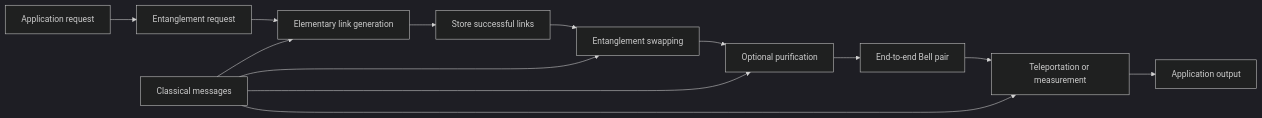
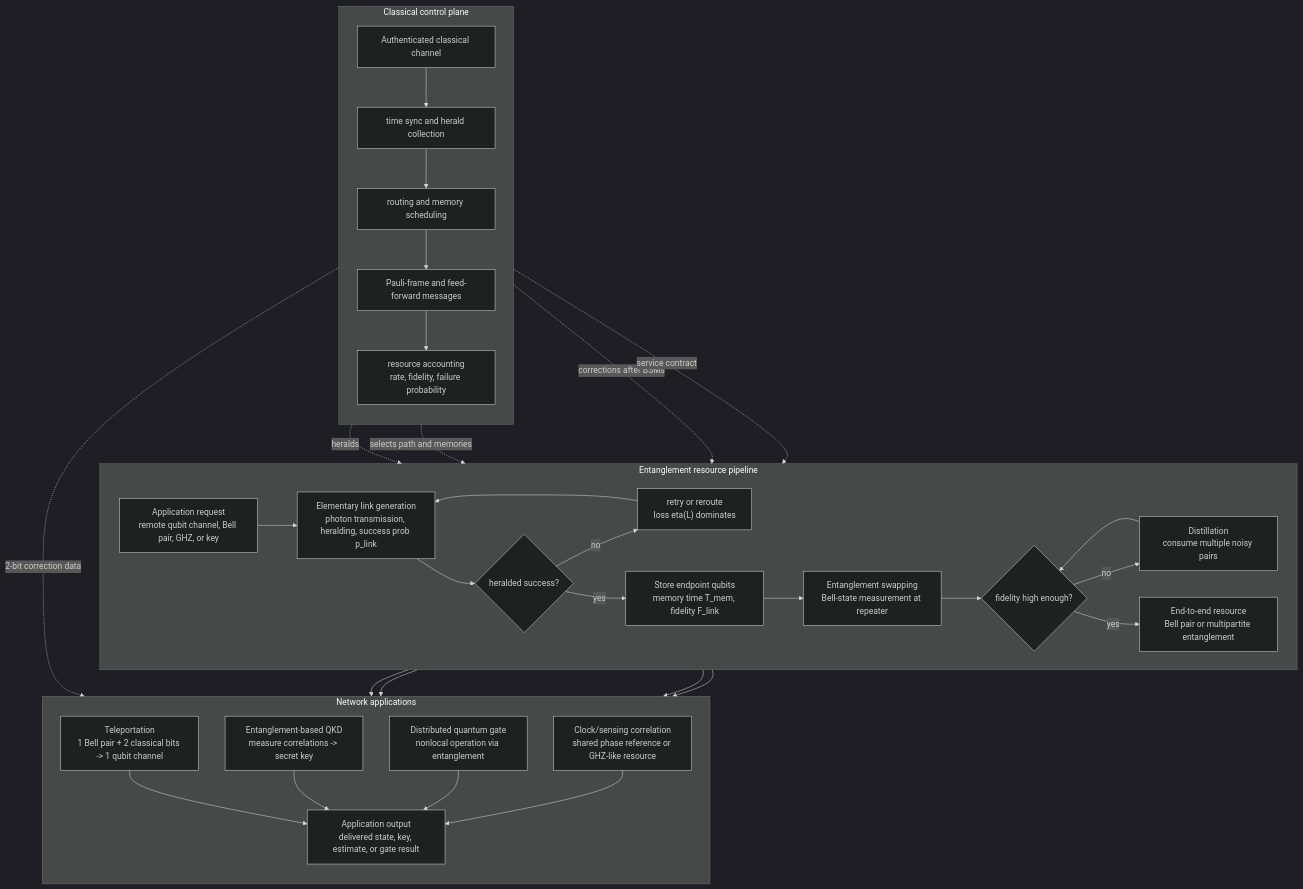
The diagram in docs/quantum-information-science/quantum-internet/intro.md (justinbrianhwang/SJ-wiki), drawn with Mermaid (dark theme) before and after one commit. The commit also changed other lines of this file and 1858 other files, not shown here.

Commit message:
Upgrade Mermaid diagrams to real architecture level across DL/CS-systems/CS-applied/QIS/Physics+Math+Chem (~728 mermaid blocks total): detailed sublayers, residuals, dimensions, shape transitions, subgraph grouping

````diff
--- a/docs/quantum-information-science/quantum-internet/intro.md
+++ b/docs/quantum-information-science/quantum-internet/intro.md
@@ -88,15 +88,42 @@
 ```mermaid
-flowchart LR
-  App["Application request"] --> Req["Entanglement request"]
-  Req --> Link["Elementary link generation"]
-  Link --> Mem["Store successful links"]
-  Mem --> Swap["Entanglement swapping"]
-  Swap --> Purify["Optional purification"]
-  Purify --> Pair["End-to-end Bell pair"]
-  Pair --> Tele["Teleportation or measurement"]
-  Tele --> AppOut["Application output"]
-  Class["Classical messages"] --> Link
-  Class --> Swap
-  Class --> Purify
-  Class --> Tele
+flowchart TB
+  subgraph Resource["Entanglement resource pipeline"]
+    direction LR
+    Req["Application request<br/>remote qubit channel, Bell pair, GHZ, or key"] --> LinkGen["Elementary link generation<br/>photon transmission, heralding, success prob p_link"]
+    LinkGen --> Herald{"heralded success?"}
+    Herald -->|"no"| Retry["retry or reroute<br/>loss eta(L) dominates"]
+    Retry --> LinkGen
+    Herald -->|"yes"| Mem["Store endpoint qubits<br/>memory time T_mem, fidelity F_link"]
+    Mem --> Swap["Entanglement swapping<br/>Bell-state measurement at repeater"]
+    Swap --> Distill{"fidelity high enough?"}
+    Distill -->|"no"| Purify["Distillation<br/>consume multiple noisy pairs"]
+    Purify --> Distill
+    Distill -->|"yes"| Pair["End-to-end resource<br/>Bell pair or multipartite entanglement"]
+  end
+
+  subgraph Consumers["Network applications"]
+    direction TB
+    Pair --> Tele["Teleportation<br/>1 Bell pair + 2 classical bits -> 1 qubit channel"]
+    Pair --> E91["Entanglement-based QKD<br/>measure correlations -> secret key"]
+    Pair --> Gate["Distributed quantum gate<br/>nonlocal operation via entanglement"]
+    Pair --> Sense["Clock/sensing correlation<br/>shared phase reference or GHZ-like resource"]
+    Tele --> Out["Application output<br/>delivered state, key, estimate, or gate result"]
+    E91 --> Out
+    Gate --> Out
+    Sense --> Out
+  end
+
+  subgraph Control["Classical control plane"]
+    direction TB
+    Auth["Authenticated classical channel"] --> Timing["time sync and herald collection"]
+    Timing --> Route["routing and memory scheduling"]
+    Route --> Feed["Pauli-frame and feed-forward messages"]
+    Feed --> Accounting["resource accounting<br/>rate, fidelity, failure probability"]
+  end
+
+  Timing -. "heralds" .-> Herald
+  Route -. "selects path and memories" .-> LinkGen
+  Feed -. "corrections after BSMs" .-> Swap
+  Feed -. "2-bit correction data" .-> Tele
+  Accounting -. "service contract" .-> Req
 ```
````
